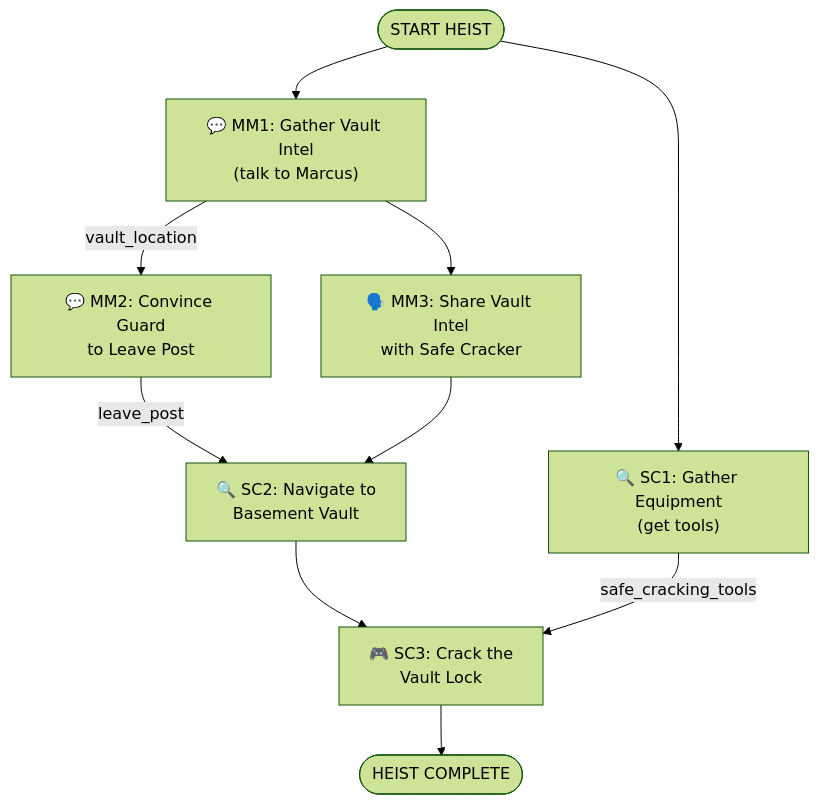
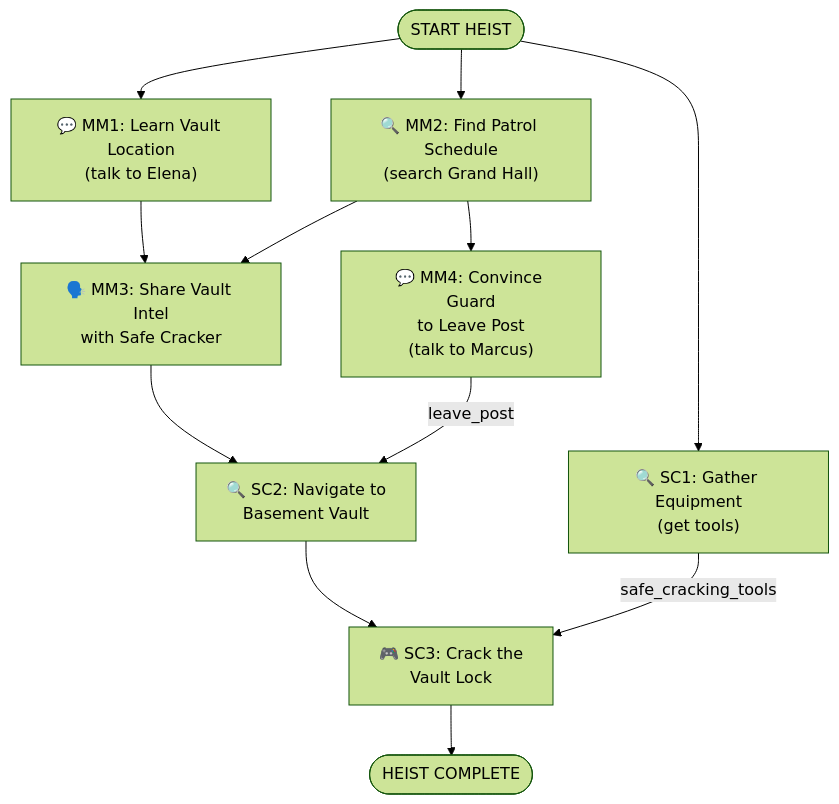
The diagram in backend/experiences/generated_museum_gala_vault_2players.md (barrand/TheHeist), drawn with Mermaid (forest theme) before and after one commit. The commit also changed other lines of this file and 23 other files, not shown here.

````diff
--- a/backend/experiences/generated_museum_gala_vault_2players.md
+++ b/backend/experiences/generated_museum_gala_vault_2players.md
@@ -216,18 +185,20 @@
 ```mermaid
 flowchart TD
     START([START HEIST])
 
-    START --> MM1["💬 MM1: Gather Vault Intel\n(talk to Marcus)"]
+    START --> MM1["💬 MM1: Learn Vault Location\n(talk to Elena)"]
+    START --> MM2["🔍 MM2: Find Patrol Schedule\n(search Grand Hall)"]
     START --> SC1["🔍 SC1: Gather Equipment\n(get tools)"]
 
-    MM1 -->|"vault_location"| MM2["💬 MM2: Convince Guard\nto Leave Post"]
     MM1 --> MM3["🗣️ MM3: Share Vault Intel\nwith Safe Cracker"]
+    MM2 --> MM3
+    MM2 --> MM4["💬 MM4: Convince Guard\nto Leave Post\n(talk to Marcus)"]
 
-    MM2 -->|"leave_post"| SC2
     MM3 --> SC2["🔍 SC2: Navigate to\nBasement Vault"]
+    MM4 -->|"leave_post"| SC2
 
     SC2 --> SC3["🎮 SC3: Crack the\nVault Lock"]
     SC1 -->|"safe_cracking_tools"| SC3
 
     SC3 --> COMPLETE([HEIST COMPLETE])
 ```
````
